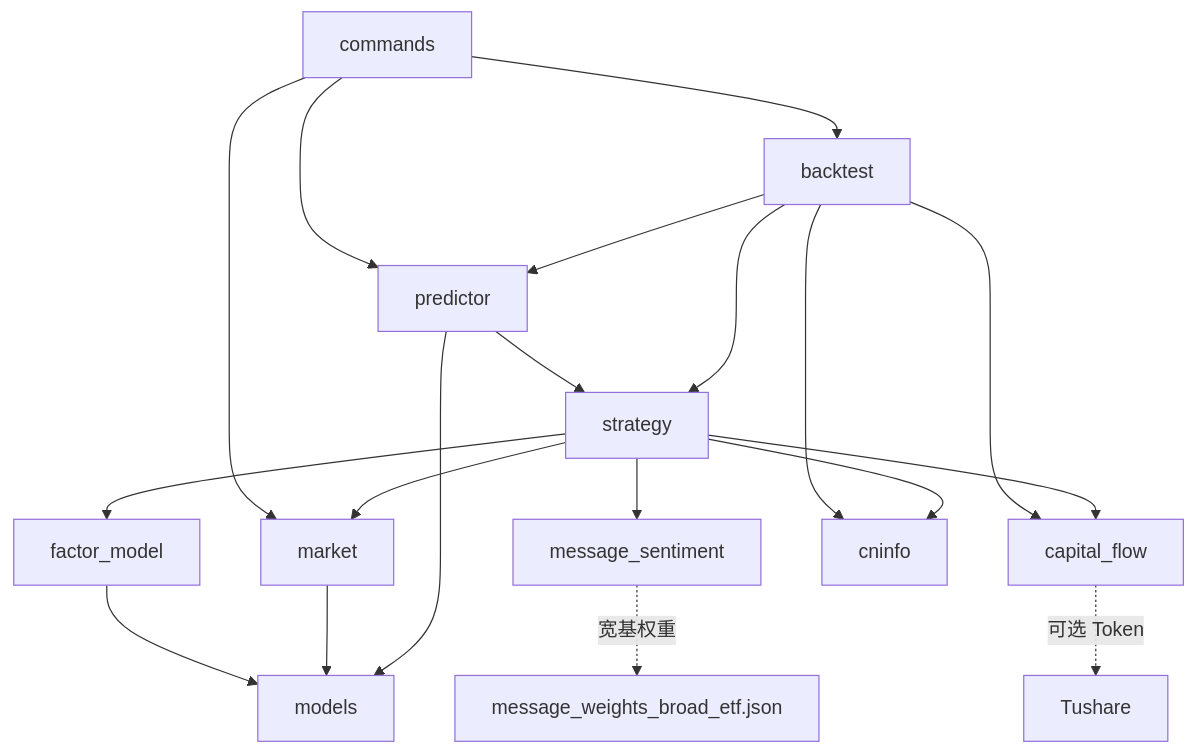
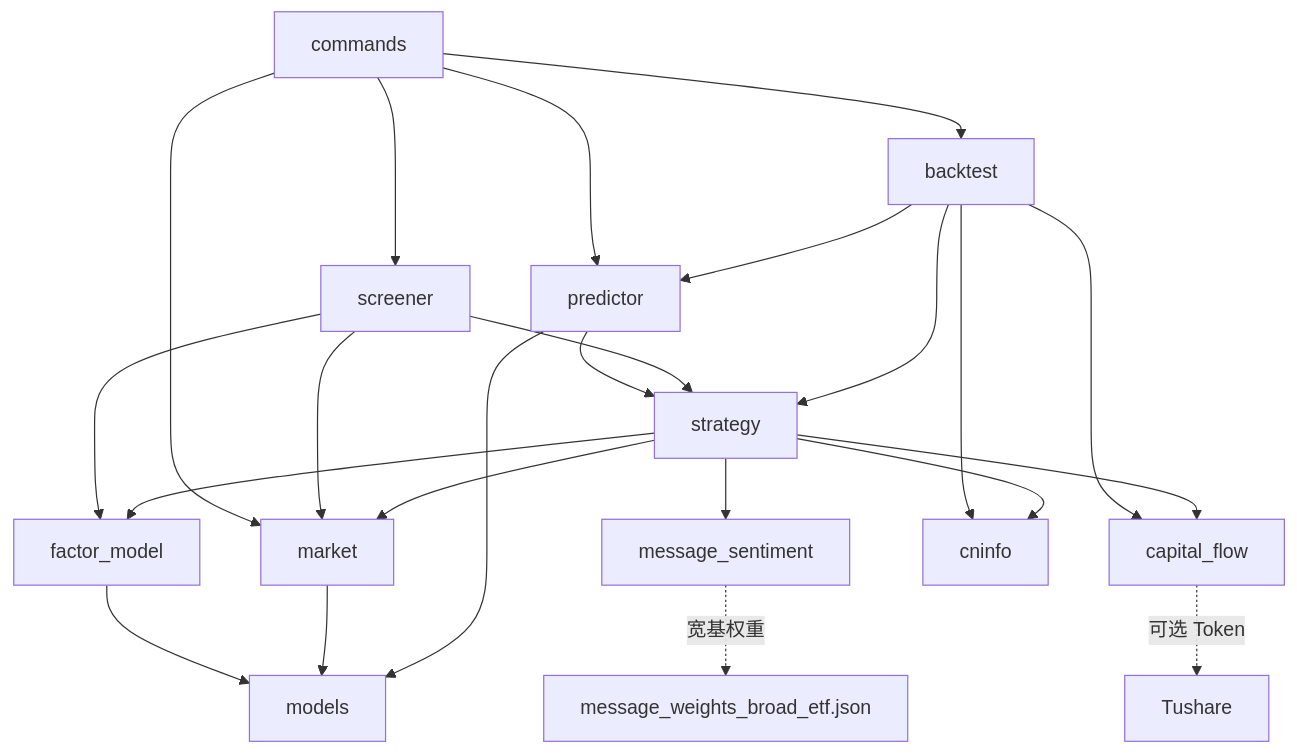
The third of 17 diagrams in docs/软件设计说明.md (wuyanwen1997-wyw/stock-predict), drawn with Mermaid before and after one commit. The commit also changed other lines of this file and 69 other files, not shown here.

````diff
--- a/docs/软件设计说明.md
+++ b/docs/软件设计说明.md
@@ -113,32 +117,37 @@
 ```mermaid
 flowchart TB
     CMD[commands]
     PRED[predictor]
     STR[strategy]
     BT[backtest]
+    SCR[screener]
     FAC[factor_model]
     MSG[message_sentiment]
     CAP[capital_flow]
     MKT[market]
     CNI[cninfo]
     MOD[models]
 
     CMD --> MKT
     CMD --> PRED
     CMD --> BT
+    CMD --> SCR
     PRED --> STR
+    SCR --> STR
+    SCR --> MKT
+    SCR --> FAC
     BT --> PRED
     BT --> STR
     BT --> CNI
     BT --> CAP
     STR --> FAC
     STR --> MSG
     STR --> CAP
     STR --> CNI
     STR --> MKT
     FAC --> MOD
     MKT --> MOD
     PRED --> MOD
     CAP -.->|可选 Token| TUSHARE[Tushare]
     MSG -.->|宽基权重| WJSON[message_weights_broad_etf.json]
 ```
````
